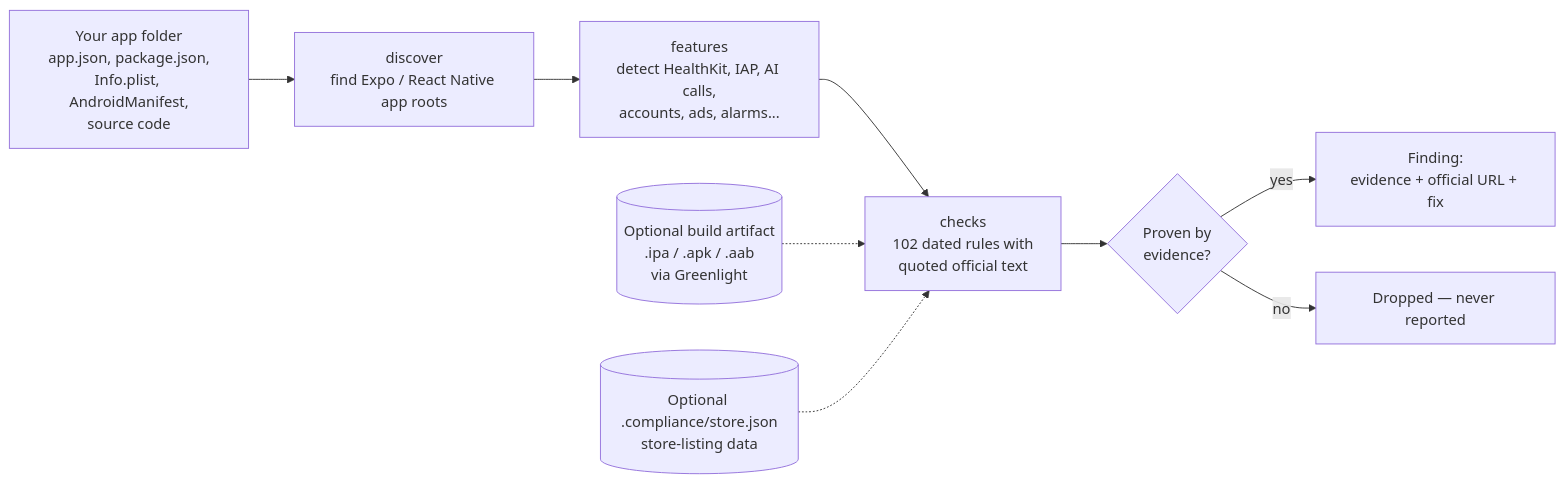
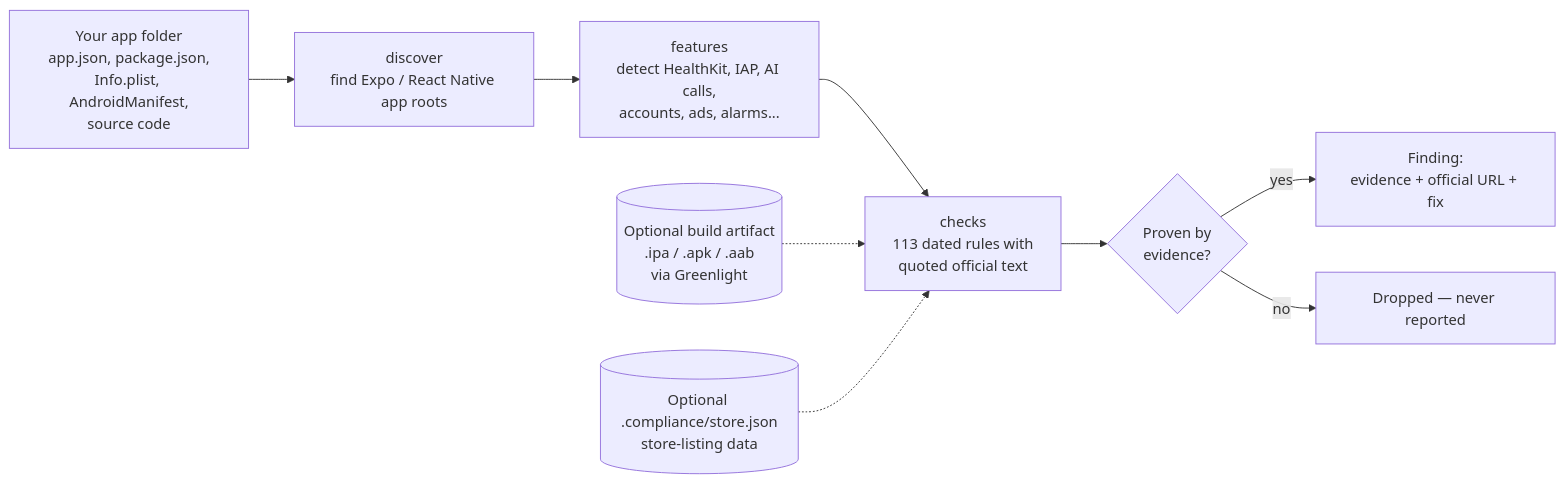
The diagram in README.md (HPIS-Holdings/app-store-compliance-checker), drawn with Mermaid before and after one commit. The commit also changed other lines of this file and 25 other files, not shown here.

````diff
--- a/README.md
+++ b/README.md
@@ -71,11 +71,11 @@
 ```mermaid
 flowchart LR
     A[Your app folder<br/>app.json, package.json,<br/>Info.plist, AndroidManifest,<br/>source code] --> B[discover<br/>find Expo / React Native app roots]
     B --> C[features<br/>detect HealthKit, IAP, AI calls,<br/>accounts, ads, alarms...]
-    C --> D[checks<br/>102 dated rules with<br/>quoted official text]
+    C --> D[checks<br/>113 dated rules with<br/>quoted official text]
     G[(Optional build artifact<br/>.ipa / .apk / .aab<br/>via Greenlight)] -.-> D
     H[(Optional .compliance/store.json<br/>store-listing data)] -.-> D
     D --> E{Proven by<br/>evidence?}
     E -- yes --> F[Finding:<br/>evidence + official URL + fix]
     E -- no --> X[Dropped — never reported]
 ```
````
